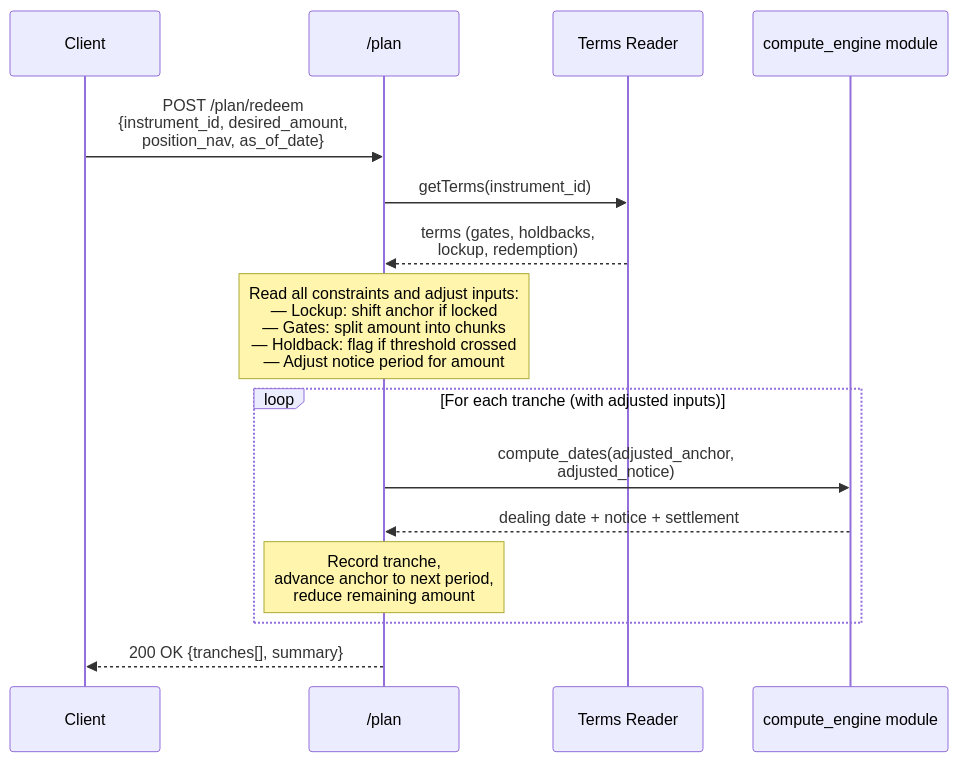
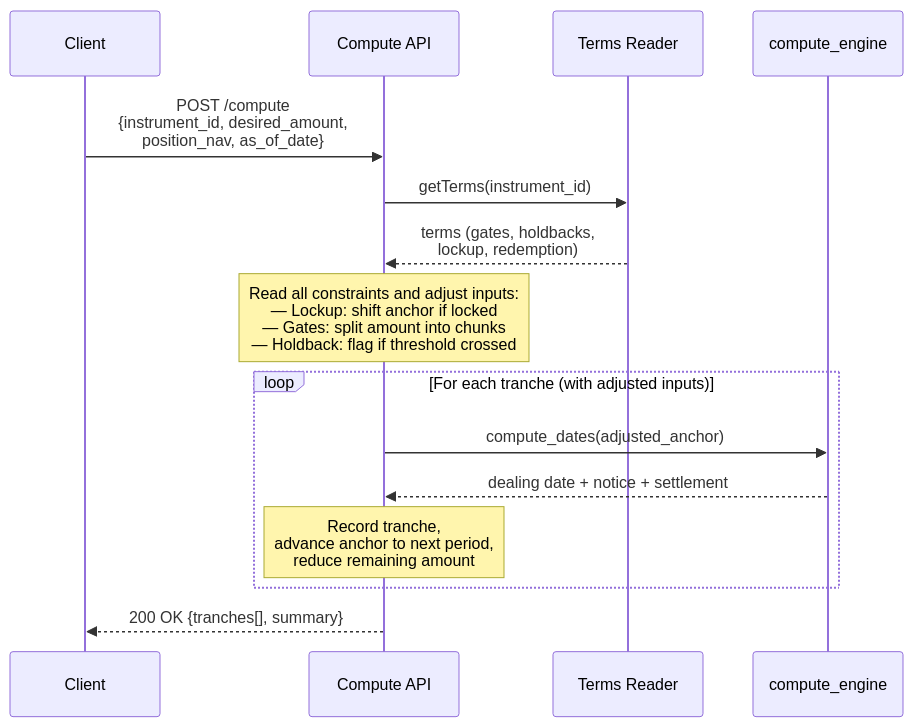
The third of 4 diagrams in lcs-main/docs/architecture.md (Ashu290905/OSYTE), drawn with Mermaid before and after one commit. The commit also changed other lines of this file, not shown here.

First line of the commit message:
Remove /compute endpoint, Compute API is now planning only, add engine workflow

````diff
--- a/lcs-main/docs/architecture.md
+++ b/lcs-main/docs/architecture.md
@@ -256,22 +281,22 @@
 ```mermaid
 sequenceDiagram
     participant Client
-    participant Plan as /plan
+    participant API as Compute API
     participant TR as Terms Reader
-    participant CE as compute_engine module
+    participant CE as compute_engine
 
-    Client->>Plan: POST /plan/redeem<br/>{instrument_id, desired_amount,<br/> position_nav, as_of_date}
+    Client->>API: POST /compute<br/>{instrument_id, desired_amount,<br/> position_nav, as_of_date}
 
-    Plan->>TR: getTerms(instrument_id)
-    TR-->>Plan: terms (gates, holdbacks,<br/>lockup, redemption)
+    API->>TR: getTerms(instrument_id)
+    TR-->>API: terms (gates, holdbacks,<br/>lockup, redemption)
 
-    Note over Plan: Read all constraints and adjust inputs:<br/>— Lockup: shift anchor if locked<br/>— Gates: split amount into chunks<br/>— Holdback: flag if threshold crossed<br/>— Adjust notice period for amount
+    Note over API: Read all constraints and adjust inputs:<br/>— Lockup: shift anchor if locked<br/>— Gates: split amount into chunks<br/>— Holdback: flag if threshold crossed
 
     loop For each tranche (with adjusted inputs)
-        Plan->>CE: compute_dates(adjusted_anchor,<br/>adjusted_notice)
-        CE-->>Plan: dealing date + notice + settlement
-        Note over Plan: Record tranche,<br/>advance anchor to next period,<br/>reduce remaining amount
+        API->>CE: compute_dates(adjusted_anchor)
+        CE-->>API: dealing date + notice + settlement
+        Note over API: Record tranche,<br/>advance anchor to next period,<br/>reduce remaining amount
     end
 
-    Plan-->>Client: 200 OK {tranches[], summary}
+    API-->>Client: 200 OK {tranches[], summary}
 ```
````
